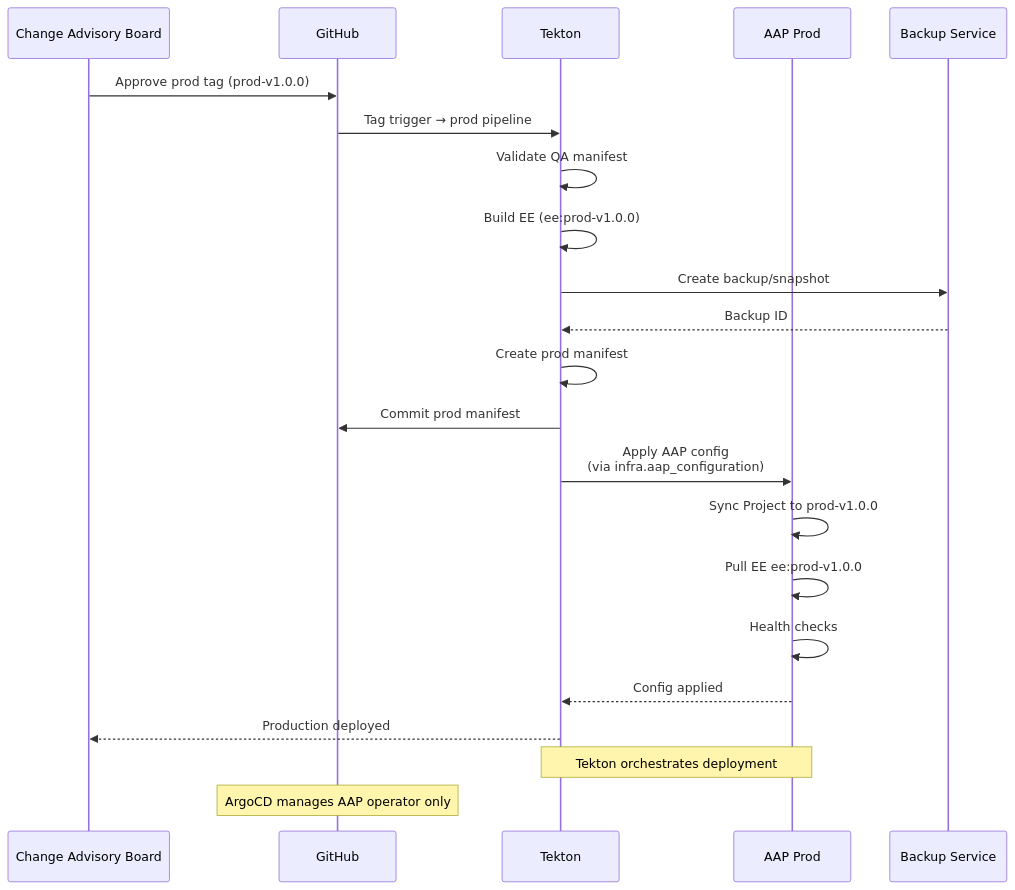
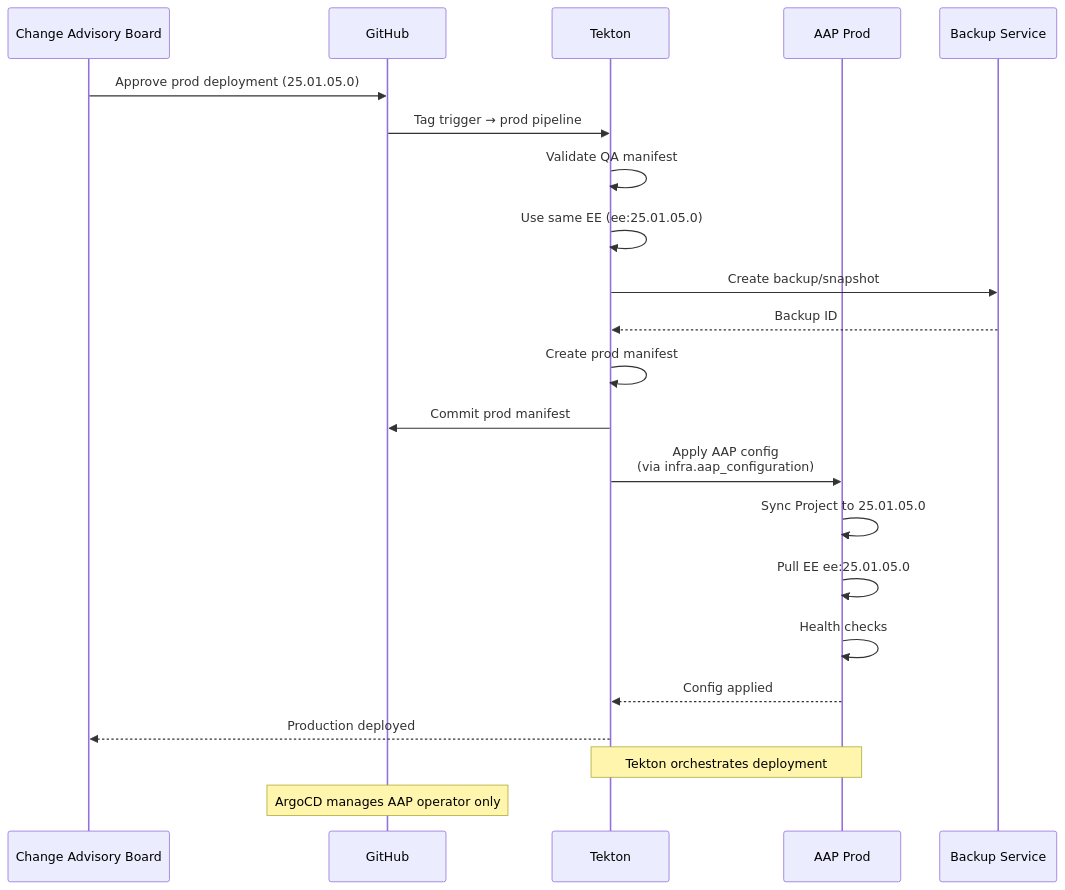
One commit to djdanielsson/rh1-docs changed the sixth of 17 diagrams in docs/diagrams/PROMOTION-FLOW.md. Above: the diagram before and after it, drawn with Mermaid. The commit also changed other lines of this file and 11 other files, not shown here.

````diff
--- a/docs/diagrams/PROMOTION-FLOW.md
+++ b/docs/diagrams/PROMOTION-FLOW.md
@@ -312,28 +312,28 @@
 ```mermaid
 sequenceDiagram
     participant CAB as Change Advisory Board
     participant GH as GitHub
     participant Tek as Tekton
     participant AAP_P as AAP Prod
     participant Backup as Backup Service
 
-    CAB->>GH: Approve prod tag (prod-v1.0.0)
+    CAB->>GH: Approve prod deployment (25.01.05.0)
     GH->>Tek: Tag trigger → prod pipeline
 
     Tek->>Tek: Validate QA manifest
-    Tek->>Tek: Build EE (ee:prod-v1.0.0)
+    Tek->>Tek: Use same EE (ee:25.01.05.0)
     Tek->>Backup: Create backup/snapshot
     Backup-->>Tek: Backup ID
     Tek->>Tek: Create prod manifest
     Tek->>GH: Commit prod manifest
 
     Tek->>AAP_P: Apply AAP config<br/>(via infra.aap_configuration)
-    AAP_P->>AAP_P: Sync Project to prod-v1.0.0
-    AAP_P->>AAP_P: Pull EE ee:prod-v1.0.0
+    AAP_P->>AAP_P: Sync Project to 25.01.05.0
+    AAP_P->>AAP_P: Pull EE ee:25.01.05.0
     AAP_P->>AAP_P: Health checks
     AAP_P-->>Tek: Config applied
     Tek-->>CAB: Production deployed
 
     Note over Tek,AAP_P: Tekton orchestrates deployment
     Note over GH: ArgoCD manages AAP operator only
 ```
````
